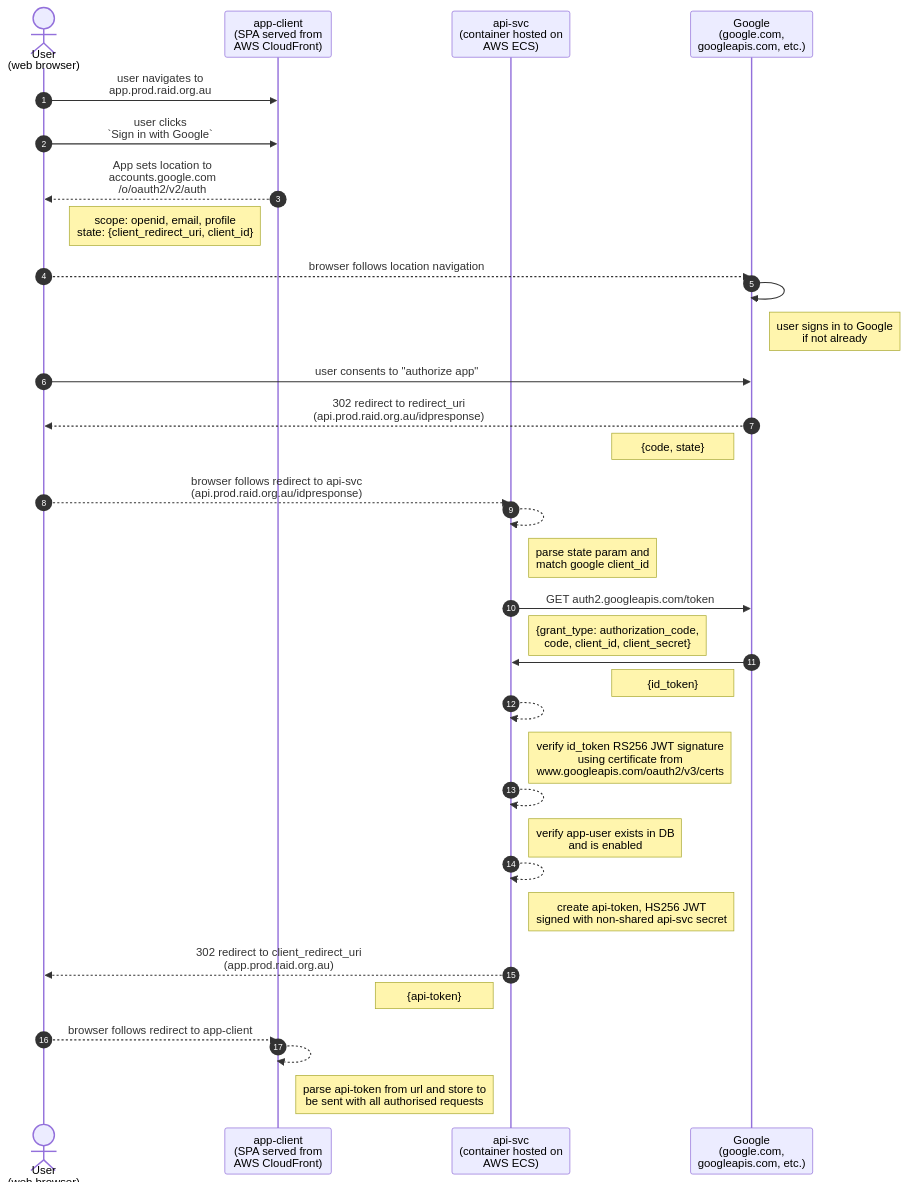
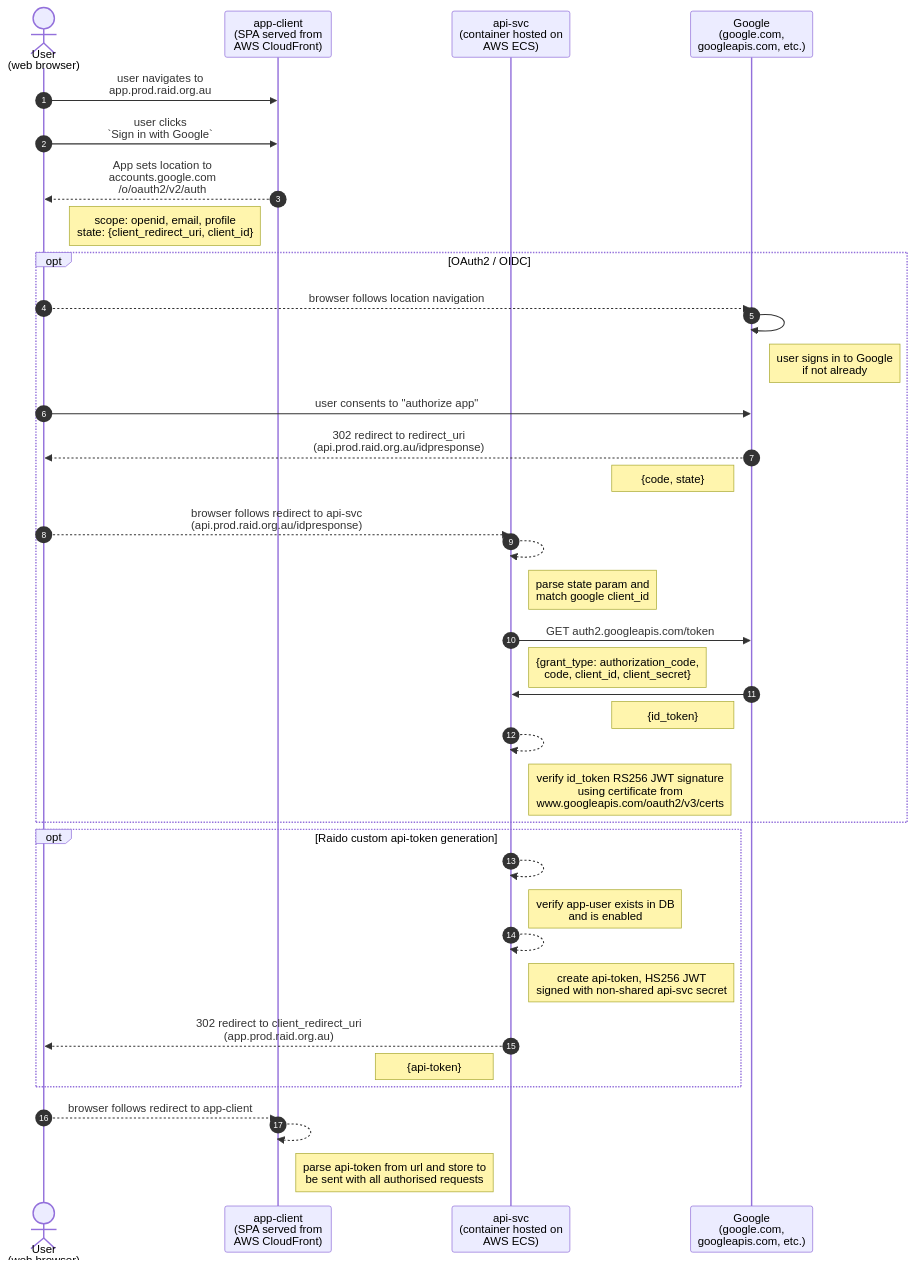
One commit to au-research/raido changed the diagram in doc/security/access-control/authentication/oauth2_api-token_exchange.md. Above: the diagram before and after it, drawn with Mermaid. The commit also changed other lines of this file, not shown here.

````diff
--- a/doc/security/access-control/authentication/oauth2_api-token_exchange.md
+++ b/doc/security/access-control/authentication/oauth2_api-token_exchange.md
@@ -10,47 +15,52 @@
 ```mermaid
 sequenceDiagram
 autonumber
 actor user as User<br/>(web browser)
 participant app as app-client<br/>(SPA served from<br/> AWS CloudFront) 
 participant client as api-svc<br/>(container hosted on<br/>AWS ECS)
 participant idp as Google<br/>(google.com,<br/>googleapis.com, etc.)
 
 user->>app: user navigates to <br/>app.prod.raid.org.au
 user->>app: user clicks<br/>`Sign in with Google`
 app-->>user: App sets location to <br/>accounts.google.com<br/>/o/oauth2/v2/auth
 note left of app: scope: openid, email, profile<br/>state: {client_redirect_uri, client_id}
 
+
+opt OAuth2 / OIDC
 user-->>idp: browser follows location navigation
 idp->>idp: 
 note right of idp: user signs in to Google<br/>if not already
 user->>idp: user consents to "authorize app"
 idp-->>user: 302 redirect to redirect_uri<br/>(api.prod.raid.org.au/idpresponse)
 note left of idp: {code, state}
 user-->>client: browser follows redirect to api-svc<br/>(api.prod.raid.org.au/idpresponse)
 
 client-->>client: 
 note right of client: parse state param and<br/>match google client_id
 
 client->>idp: GET auth2.googleapis.com/token
 note right of client: {grant_type: authorization_code,<br/>code, client_id, client_secret}
 idp->>client: 
 note left of idp: {id_token}
 
 client-->>client:  
-note right of client: verify id_token RS256 JWT signature<br/>using certificate from<br/>www.googleapis.com/oauth2/v3/certs  
+note right of client: verify id_token RS256 JWT signature<br/>using certificate from<br/>www.googleapis.com/oauth2/v3/certs
+end
 
+
+opt Raido custom api-token generation
 client-->>client:  
 note right of client: verify app-user exists in DB<br/>and is enabled   
 
 client-->>client:  
 note right of client: create api-token, HS256 JWT<br/>signed with non-shared api-svc secret   
 
 client-->>user: 302 redirect to client_redirect_uri<br/>(app.prod.raid.org.au)
 note left of client: {api-token}
+end
 
 user-->>app: browser follows redirect to app-client
 app-->>app: 
 note right of app: parse api-token from url and store to<br/>be sent with all authorised requests
 
-
 ```
````
